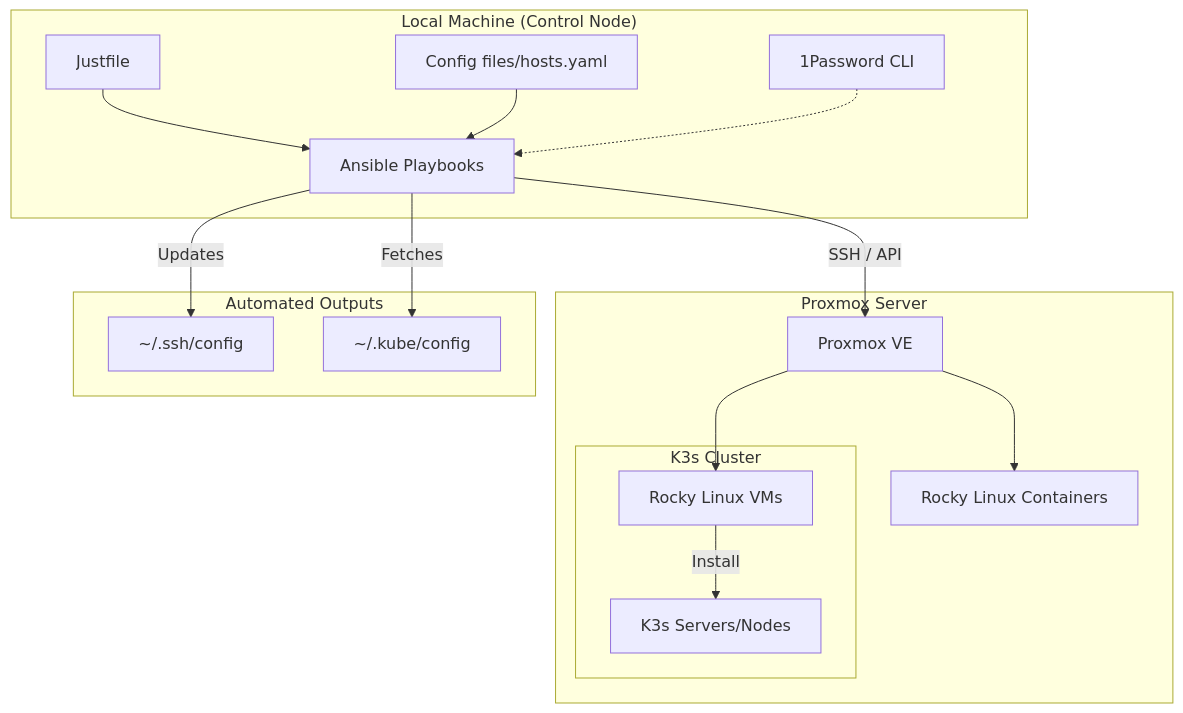
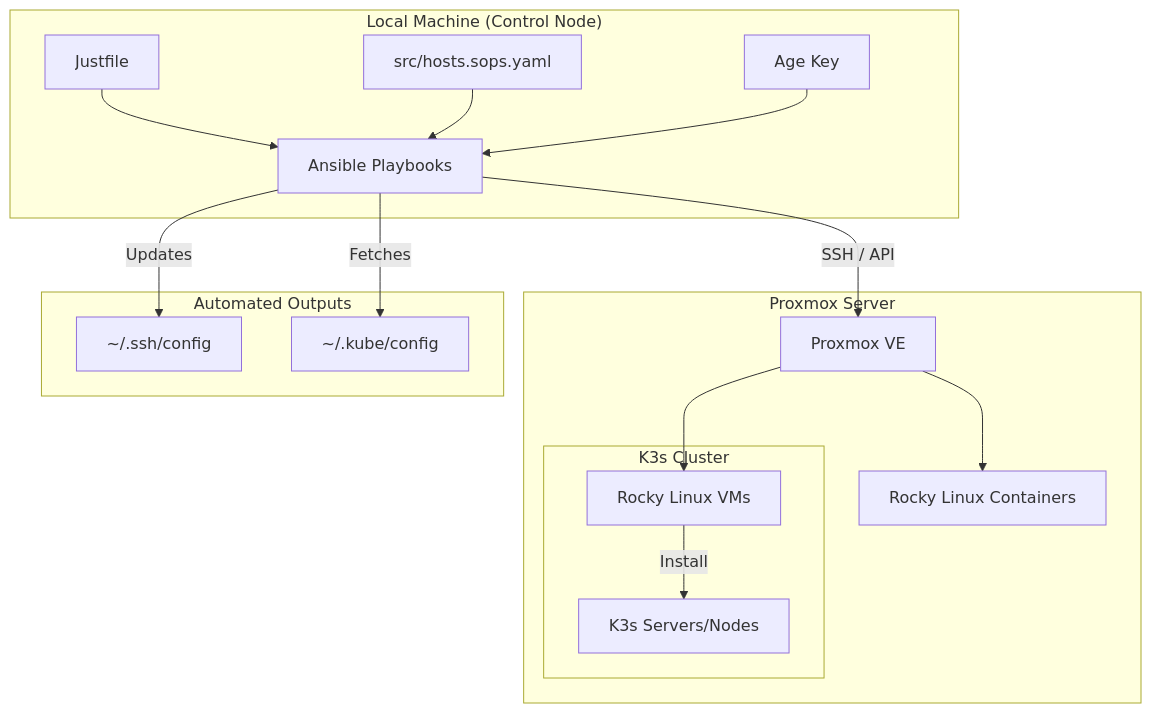
Before and after one commit to frankjuniorr/homelab-iac: the first of 2 diagrams in README.md, drawn with Mermaid. The commit also changed other lines of this file and 8 other files, not shown here.

Commit message:
Implement encrypt/decrypt using sops/age

````diff
--- a/README.md
+++ b/README.md
@@ -29,23 +54,23 @@
 ```mermaid
 graph TD
     subgraph Localhost ["Local Machine (Control Node)"]
         J[Justfile] --> A[Ansible Playbooks]
-        C[Config files/hosts.yaml] --> A
-        OP[1Password CLI] -.-> A
+        H[src/hosts.sops.yaml] --> A
+        AGE[Age Key] --> A
     end
 
     subgraph ProxmoxHost ["Proxmox Server"]
         A -- SSH / API --> P[Proxmox VE]
         P --> VM[Rocky Linux VMs]
         P --> LXC[Rocky Linux Containers]
         
         subgraph Cluster ["K3s Cluster"]
             VM -- Install --> K[K3s Servers/Nodes]
         end
     end
 
     subgraph Outputs ["Automated Outputs"]
         A -- Updates --> SC[~/.ssh/config]
         A -- Fetches --> KC[~/.kube/config]
     end
 ```
````
